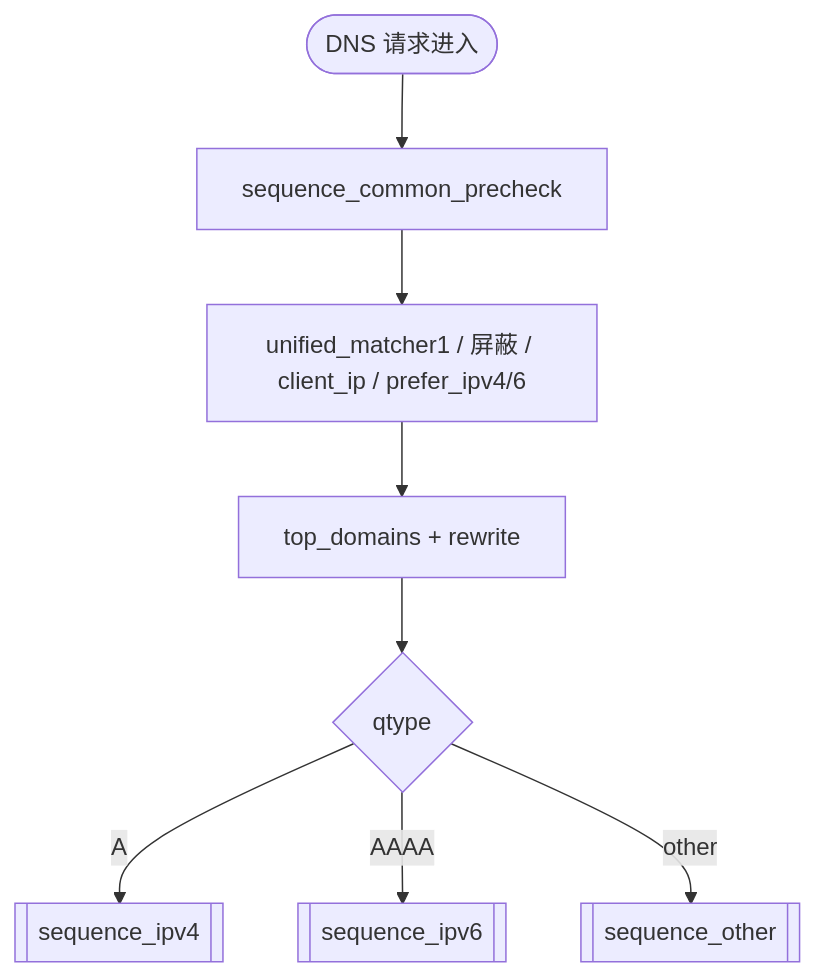
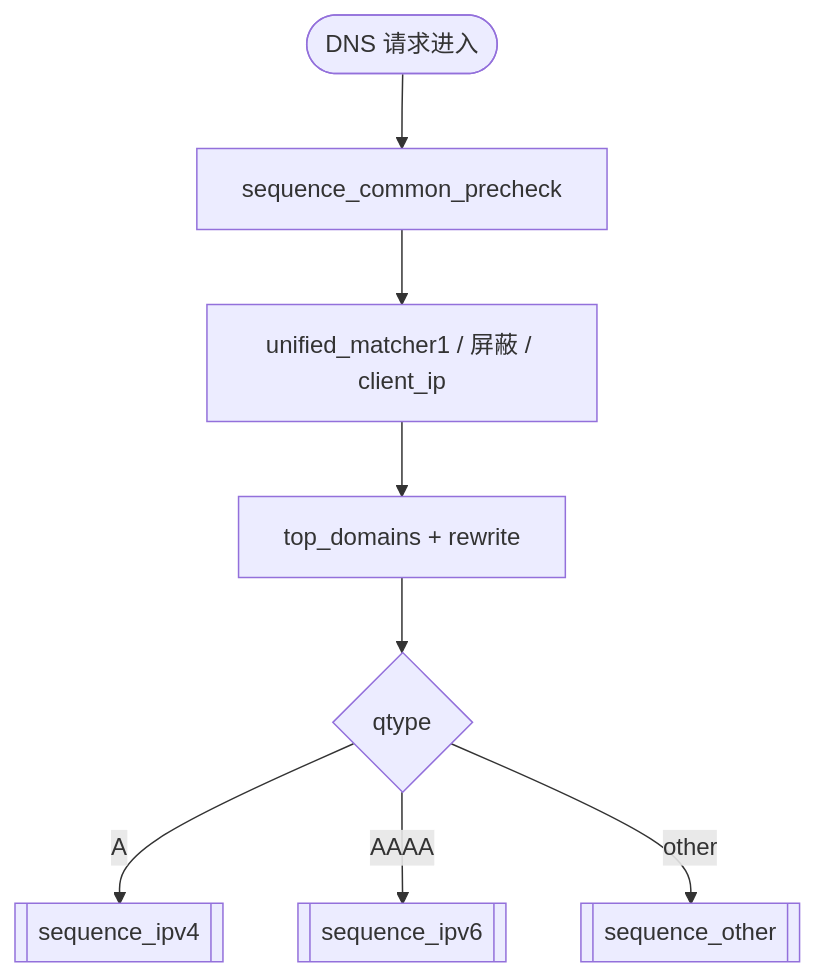
One commit to msm9527/mosdns changed the first of 4 diagrams in docs/DNS_FLOW_VISUAL_ORDER.md. Above: the diagram before and after it, drawn with Mermaid. The commit also changed 14 other files, not shown here.

First line of the commit message:
refactor: 删除 prefer_ipv4/prefer_ipv6 开关与执行链路 / Remove prefer_ipv4/prefer_ipv6 switches and execution path

````diff
--- a/docs/DNS_FLOW_VISUAL_ORDER.md
+++ b/docs/DNS_FLOW_VISUAL_ORDER.md
@@ -5,10 +5,10 @@
 ```mermaid
 flowchart TB
     A0([DNS 请求进入]) --> A1[sequence_common_precheck]
-    A1 --> A2[unified_matcher1 / 屏蔽 / client_ip / prefer_ipv4/6]
+    A1 --> A2[unified_matcher1 / 屏蔽 / client_ip]
     A2 --> A3[top_domains + rewrite]
     A3 --> A4{qtype}
     A4 -- A --> B0[[sequence_ipv4]]
     A4 -- AAAA --> C0[[sequence_ipv6]]
     A4 -- other --> D0[[sequence_other]]
 ```
````
